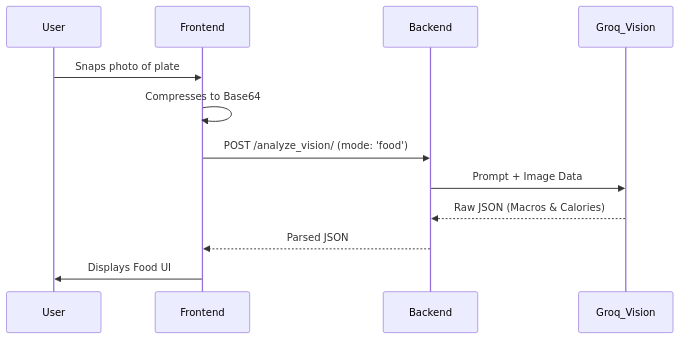
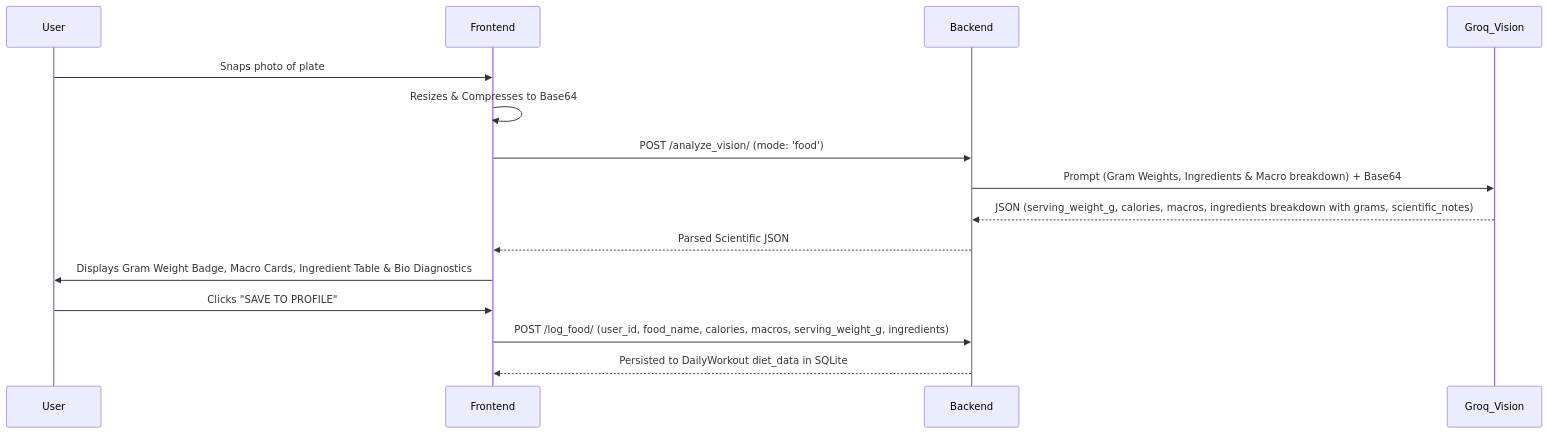
One commit to Suparna2005/FITTRACKER changed the second of 2 diagrams in docs/Logical_Flow.md. Above: the diagram before and after it, drawn with Mermaid. The commit also changed other lines of this file and 12 other files, not shown here.

Commit message:
feat: Add scientific food scanner with gram portion weights, ingredient breakdown, and updated docs

````diff
--- a/docs/Logical_Flow.md
+++ b/docs/Logical_Flow.md
@@ -34,15 +34,18 @@
 ```mermaid
 sequenceDiagram
     participant User
     participant Frontend
     participant Backend
     participant Groq_Vision
     
     User->>Frontend: Snaps photo of plate
-    Frontend->>Frontend: Compresses to Base64
+    Frontend->>Frontend: Resizes & Compresses to Base64
     Frontend->>Backend: POST /analyze_vision/ (mode: 'food')
-    Backend->>Groq_Vision: Prompt + Image Data
-    Groq_Vision-->>Backend: Raw JSON (Macros & Calories)
-    Backend-->>Frontend: Parsed JSON
-    Frontend->>User: Displays Food UI
+    Backend->>Groq_Vision: Prompt (Gram Weights, Ingredients & Macro breakdown) + Base64
+    Groq_Vision-->>Backend: JSON (serving_weight_g, calories, macros, ingredients breakdown with grams, scientific_notes)
+    Backend-->>Frontend: Parsed Scientific JSON
+    Frontend->>User: Displays Gram Weight Badge, Macro Cards, Ingredient Table & Bio Diagnostics
+    User->>Frontend: Clicks "SAVE TO PROFILE"
+    Frontend->>Backend: POST /log_food/ (user_id, food_name, calories, macros, serving_weight_g, ingredients)
+    Backend-->>Frontend: Persisted to DailyWorkout diet_data in SQLite
 ```
````
